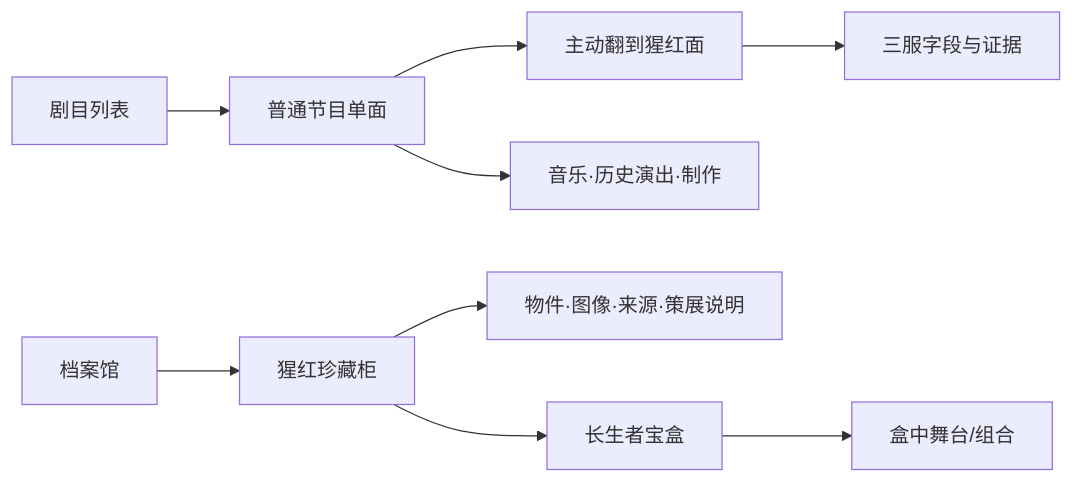
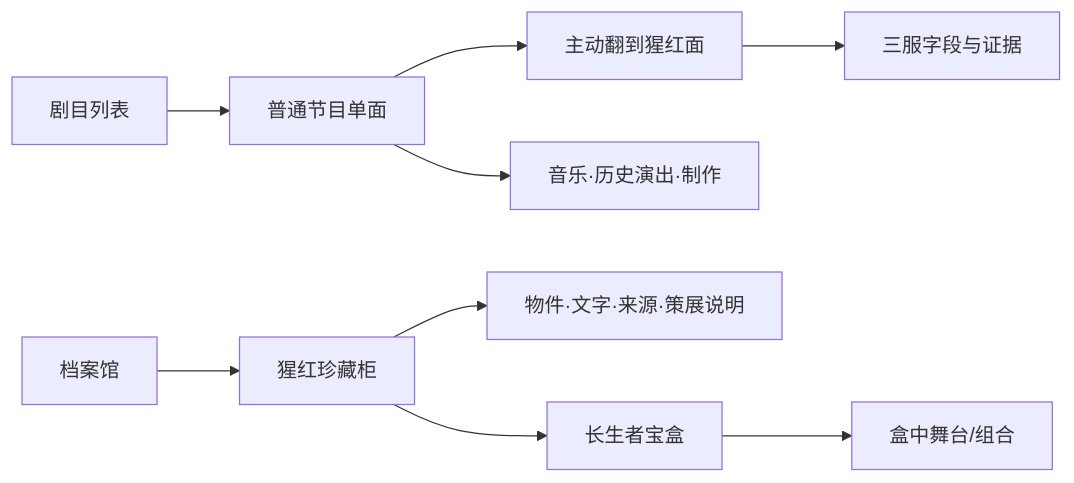
Before and after one commit to Selloryebir/crimson_troupe: the diagram in docs/blueprint/03_journeys/maps/06_剧目与档案馆.mmd, drawn with Mermaid. The commit also changed 34 other files, not shown here.

Commit message:
chore(repo): 完善仓库规范并退役私有图片索引

```diff
--- a/docs/blueprint/03_journeys/maps/06_剧目与档案馆.mmd
+++ b/docs/blueprint/03_journeys/maps/06_剧目与档案馆.mmd
@@ -1,9 +1,9 @@
 flowchart LR
   Repertoire[剧目列表] --> Public[普通节目单面]
   Public --> Scarlet[主动翻到猩红面]
   Scarlet --> Compare[三服字段与证据]
   Public --> Related[音乐·历史演出·制作]
   Archive[档案馆] --> Cabinet[猩红珍藏柜]
-  Cabinet --> Item[物件·图像·来源·策展说明]
+  Cabinet --> Item[物件·文字·来源·策展说明]
   Cabinet --> Box[长生者宝盒]
   Box --> Stage[盒中舞台/组合]
```
